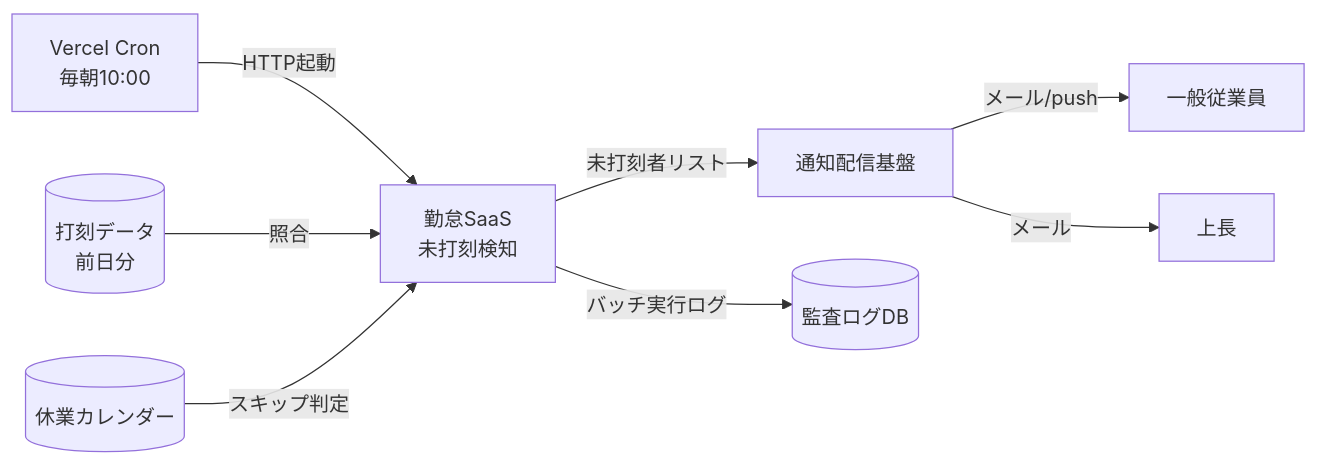
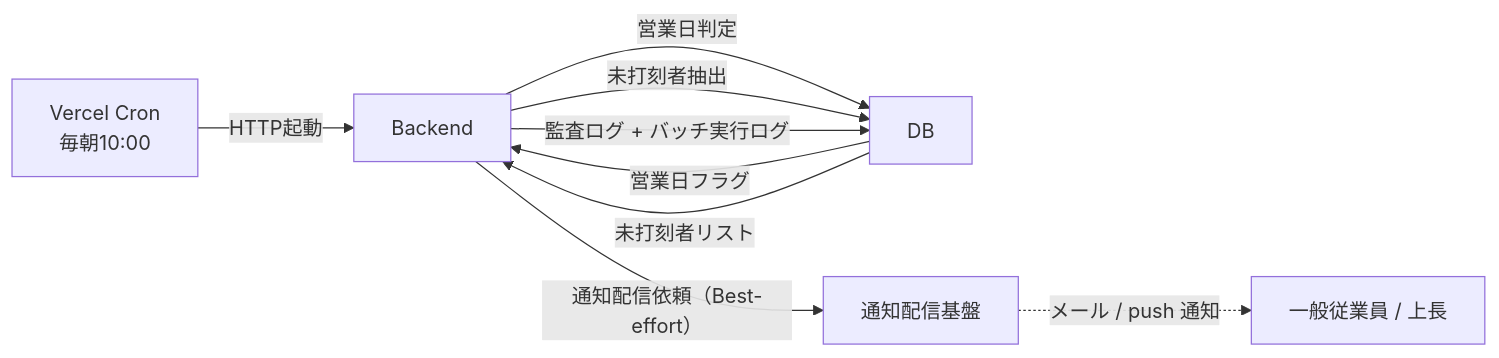
One commit to einja-inc/einja-management-template changed the third of 3 diagrams in docs/einja/example/specs/projects/sample-attendance-saas/function-specs/function-spec-sample-attendance-saas__flow__missed_punch_alert.md. Above: the diagram before and after it, drawn with Mermaid. The commit also changed other lines of this file and 7 other files, not shown here.

````diff
--- a/docs/einja/example/specs/projects/sample-attendance-saas/function-specs/function-spec-sample-attendance-saas__flow__missed_punch_alert.md
+++ b/docs/einja/example/specs/projects/sample-attendance-saas/function-specs/function-spec-sample-attendance-saas__flow__missed_punch_alert.md
@@ -163,10 +279,11 @@
 ```mermaid
 flowchart LR
-    C[Vercel Cron<br/>毎朝10:00] -->|HTTP起動| S[勤怠SaaS<br/>未打刻検知]
-    D[(打刻データ<br/>前日分)] -->|照合| S
-    H[(休業カレンダー)] -->|スキップ判定| S
-    S -->|未打刻者リスト| N[通知配信基盤]
-    N -->|メール/push| E[一般従業員]
-    N -->|メール| M[上長]
-    S -->|バッチ実行ログ| L[(監査ログDB)]
+    Cron[ Vercel Cron<br/>毎朝10:00 ] -->|HTTP起動| Backend[ Backend ]
+    Backend -->|営業日判定| DB[ DB ]
+    DB -->|営業日フラグ| Backend
+    Backend -->|未打刻者抽出| DB
+    DB -->|未打刻者リスト| Backend
+    Backend -->|通知配信依頼（Best-effort）| Ext[ 通知配信基盤 ]
+    Ext -.->|メール / push 通知| Recipients[ 一般従業員 / 上長 ]
+    Backend -->|監査ログ + バッチ実行ログ| DB
 ```
````
